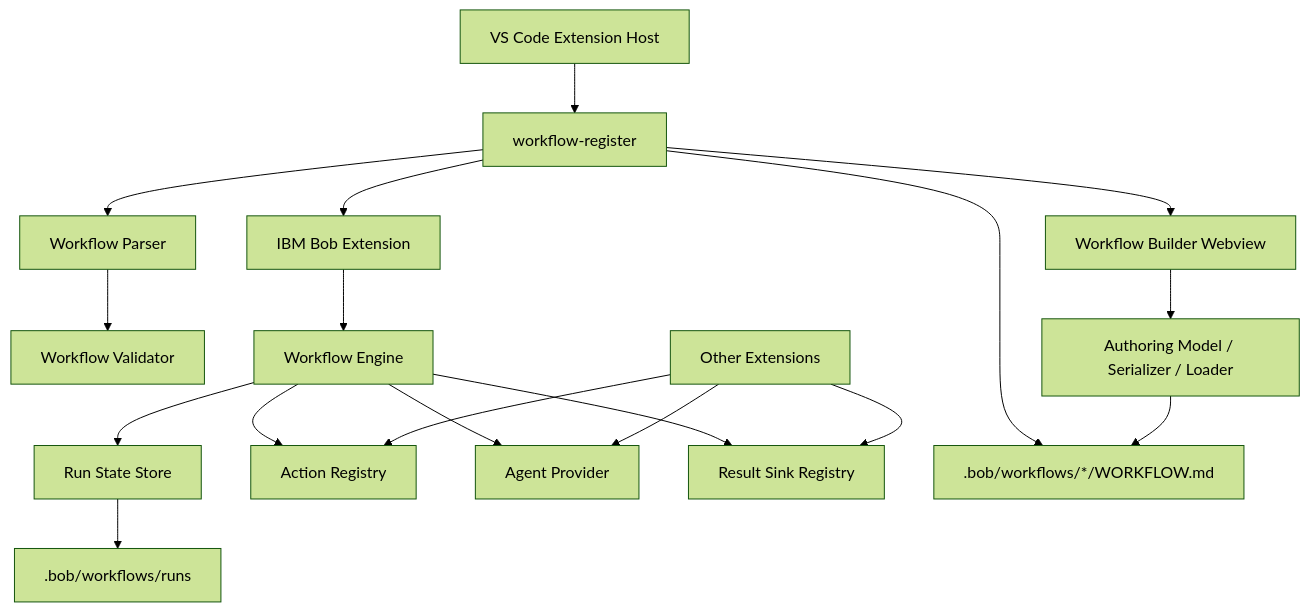
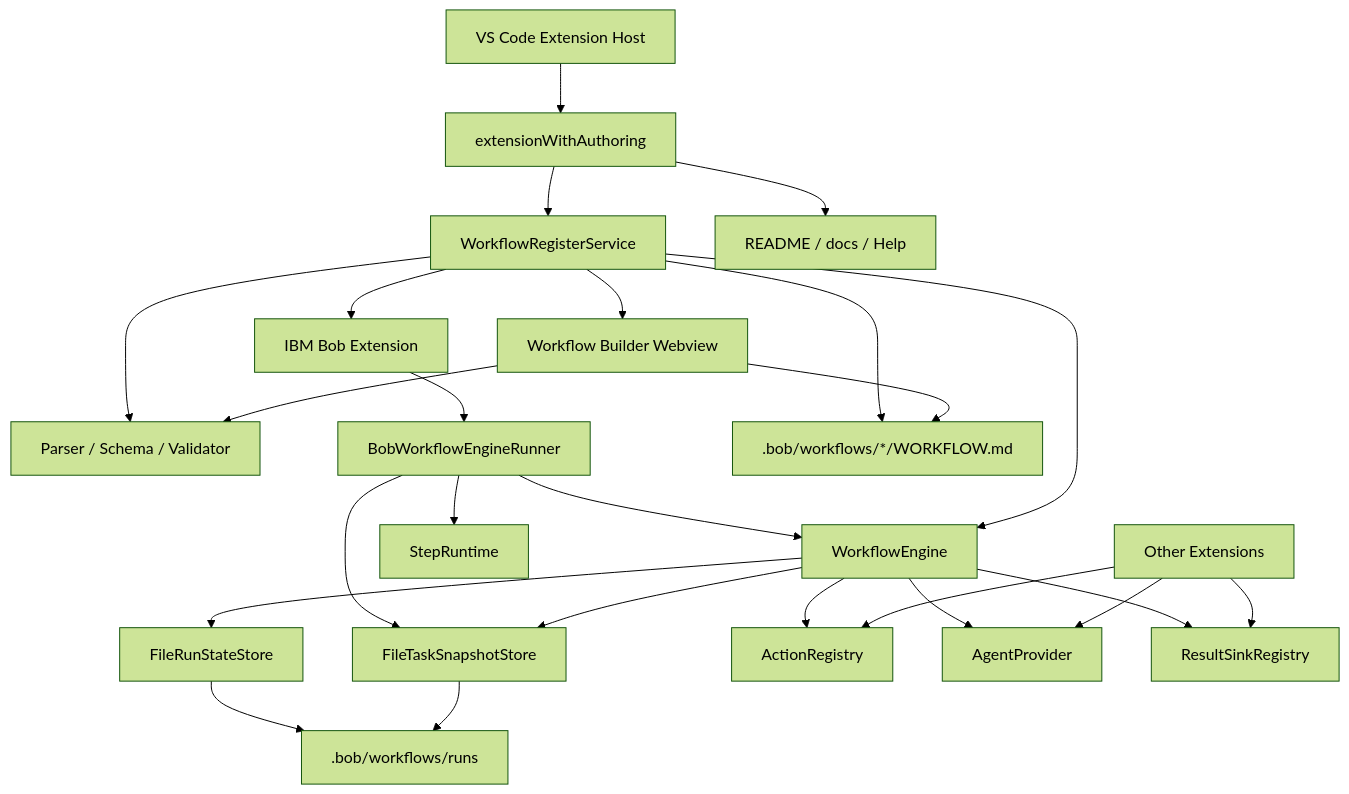
Before and after one commit to katamor1/bob_builtin_analyze: the diagram in extensions/workflow-register/docs/basic-design-ja.md, drawn with Mermaid (forest theme). The commit also changed other lines of this file, not shown here.

Commit message:
Update workflow-register basic design for current main

````diff
--- a/extensions/workflow-register/docs/basic-design-ja.md
+++ b/extensions/workflow-register/docs/basic-design-ja.md
@@ -65,36 +67,46 @@
 ```mermaid
 flowchart TD
   VSCode[VS Code Extension Host]
   Bob[IBM Bob Extension]
-  Register[workflow-register]
-  Parser[Workflow Parser]
-  Validator[Workflow Validator]
-  Engine[Workflow Engine]
-  State[Run State Store]
-  Action[Action Registry]
-  Agent[Agent Provider]
-  Sink[Result Sink Registry]
+  Register[WorkflowRegisterService]
+  Authoring[extensionWithAuthoring]
+  Parser[Parser / Schema / Validator]
+  BobAdapter[BobWorkflowEngineRunner]
+  Engine[WorkflowEngine]
+  RunStore[FileRunStateStore]
+  Snapshot[FileTaskSnapshotStore]
+  Action[ActionRegistry]
+  Agent[AgentProvider]
+  Sink[ResultSinkRegistry]
+  StepRuntime[StepRuntime]
   Builder[Workflow Builder Webview]
-  Authoring[Authoring Model / Serializer / Loader]
-  Other[Other Extensions]
+  Help[README / docs / Help]
   Files[.bob/workflows/*/WORKFLOW.md]
   Runs[.bob/workflows/runs]
+  Other[Other Extensions]
 
-  VSCode --> Register
+  VSCode --> Authoring
+  Authoring --> Register
   Register --> Files
   Register --> Parser
-  Parser --> Validator
   Register --> Bob
-  Bob --> Engine
+  Bob --> BobAdapter
+  BobAdapter --> Engine
+  BobAdapter --> StepRuntime
+  BobAdapter --> Snapshot
+  Register --> Engine
+  Engine --> RunStore
   Engine --> Action
   Engine --> Agent
   Engine --> Sink
-  Engine --> State
-  State --> Runs
+  Engine --> Snapshot
+  RunStore --> Runs
+  Snapshot --> Runs
   Register --> Builder
-  Builder --> Authoring
-  Authoring --> Files
+  Builder --> Parser
+  Builder --> Files
+  Authoring --> Help
   Other --> Action
   Other --> Agent
   Other --> Sink
 ```
````
